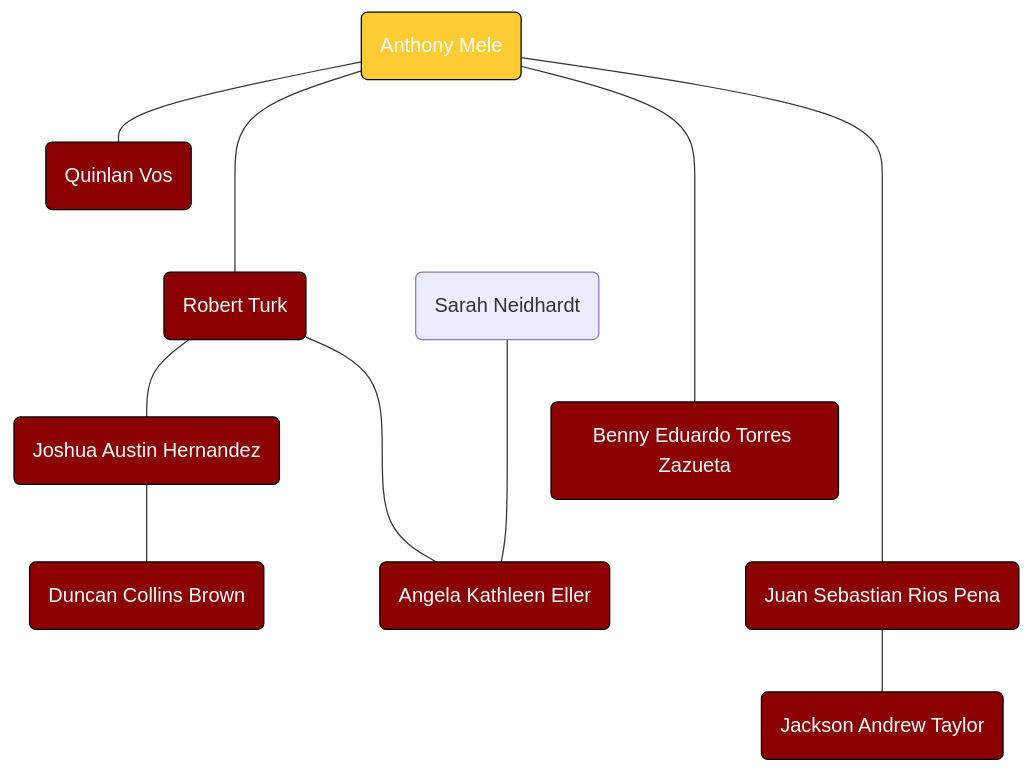
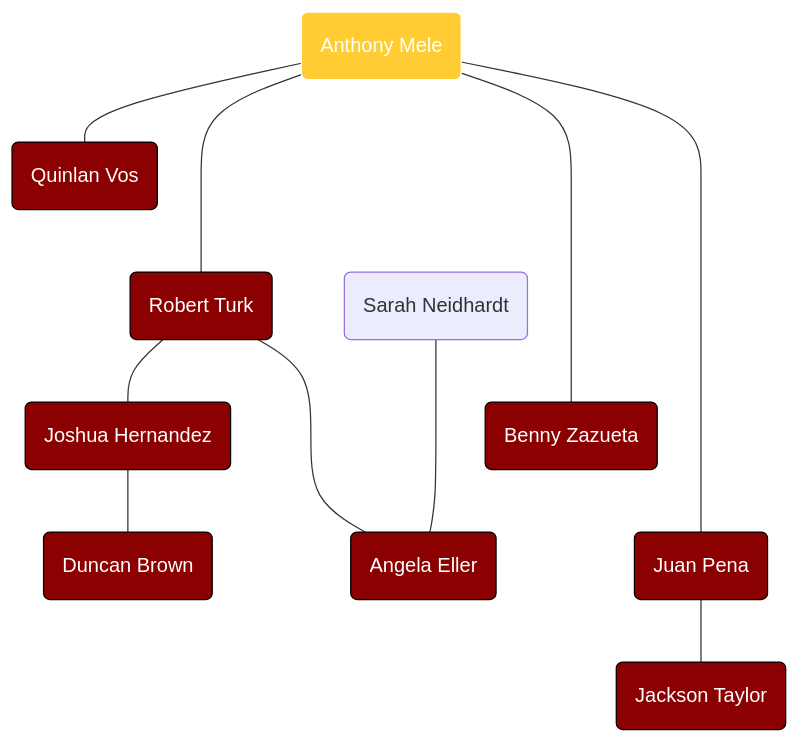
The diagram in Anthony Mele's Line.md (gianlezotte/familytree), drawn with Mermaid before and after one commit. The commit also changed 19 other files, not shown here.

````diff
--- a/Anthony Mele's Line.md
+++ b/Anthony Mele's Line.md
@@ -1,31 +1,31 @@
 ```mermaid
 flowchart TD
 
 %% Colors %%
 
 classDef red fill:#8B0000,stroke:#000,color:#FFF
-classDef gold fill:#FFCC33,stroke:#000,color:#FFF
+classDef gold fill:#FFCC33,stroke:#FFF,color:#FFF
 
 %% Anthony Mele's Line %%
 M212("Anthony Mele"):::gold
 M212---M245
 M212----M256
 M212-----M274
 M212------M293
 M245("Quinlan Vos"):::red
 M256("Robert Turk"):::red
 M256---M272
 M256----M282
-M272("Joshua Austin Hernandez"):::red
+M272("Joshua Hernandez"):::red
 M272---M286
-M274("Benny Eduardo Torres Zazueta"):::red
-M282("Angela Kathleen Eller"):::red
-M286("Duncan Collins Brown"):::red
-M293("Juan Sebastian Rios Pena"):::red
+M274("Benny Zazueta"):::red
+M282("Angela Eller"):::red
+M286("Duncan Brown"):::red
+M293("Juan Pena"):::red
 M293---M311
-M311("Jackson Andrew Taylor"):::red
+M311("Jackson Taylor"):::red
 
 %% Co-Relationships & Current Pledges %%
 M247("Sarah Neidhardt")
 M247----M282
 ```
````
